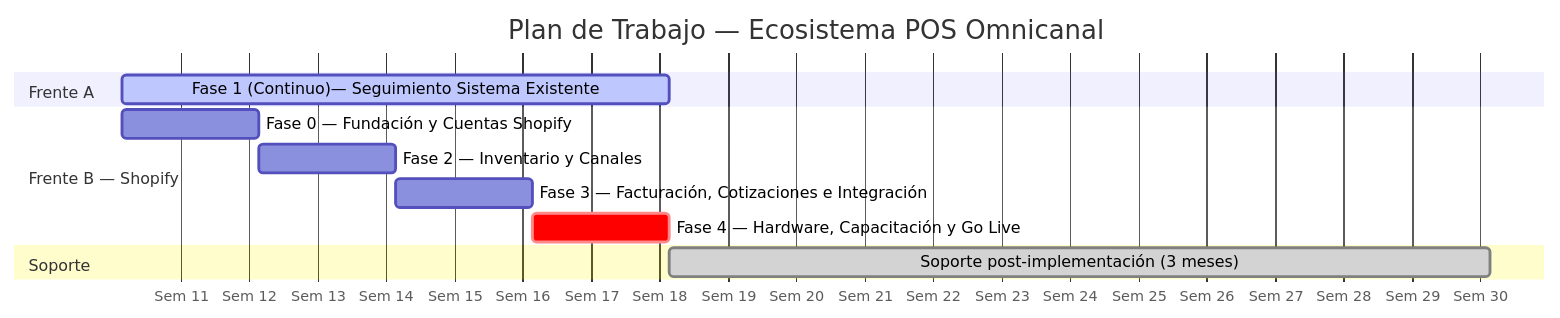
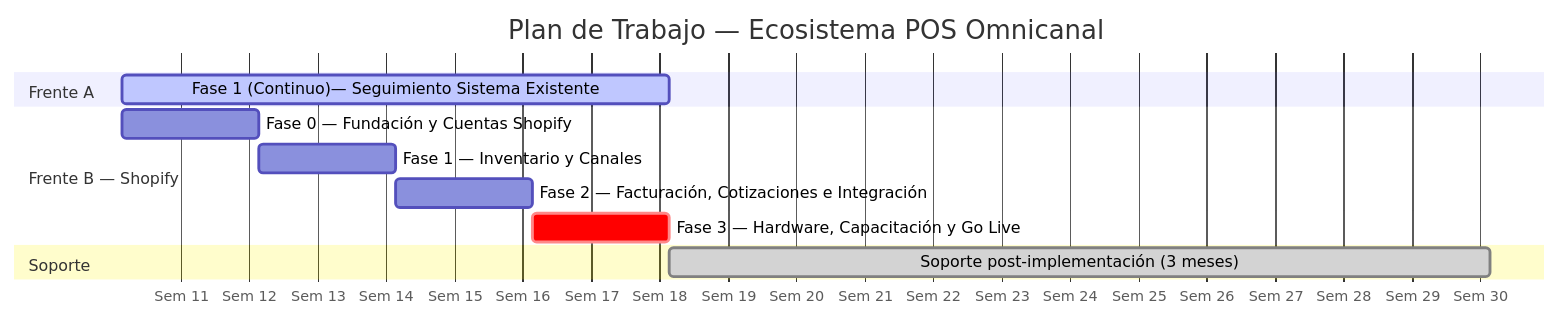
The diagram in cotizaciones/d002.md (klefagency/q-app), drawn with Mermaid before and after one commit.

Commit message:
d002 update

````diff
--- a/cotizaciones/d002.md
+++ b/cotizaciones/d002.md
@@ -74,18 +74,18 @@
 ```mermaid
 gantt
     title Plan de Trabajo — Ecosistema POS Omnicanal
     dateFormat  YYYY-MM-DD
     axisFormat  Sem %W
 
     section Frente A
     Fase 1 (Continuo)— Seguimiento Sistema Existente  :active, f0, 2026-03-16, 8w
 
     section Frente B — Shopify
     Fase 0 — Fundación y Cuentas Shopify    :f1, 2026-03-16, 2w
-    Fase 2 — Inventario y Canales           :f2, after f1, 2w
-    Fase 3 — Facturación, Cotizaciones e Integración :f3, after f2, 2w
-    Fase 4 — Hardware, Capacitación y Go Live        :crit, f4, after f3, 2w
+    Fase 1 — Inventario y Canales           :f2, after f1, 2w
+    Fase 2 — Facturación, Cotizaciones e Integración :f3, after f2, 2w
+    Fase 3 — Hardware, Capacitación y Go Live        :crit, f4, after f3, 2w
 
     section Soporte
     Soporte post-implementación (3 meses)   :done, sop, after f4, 12w
 ```
````
